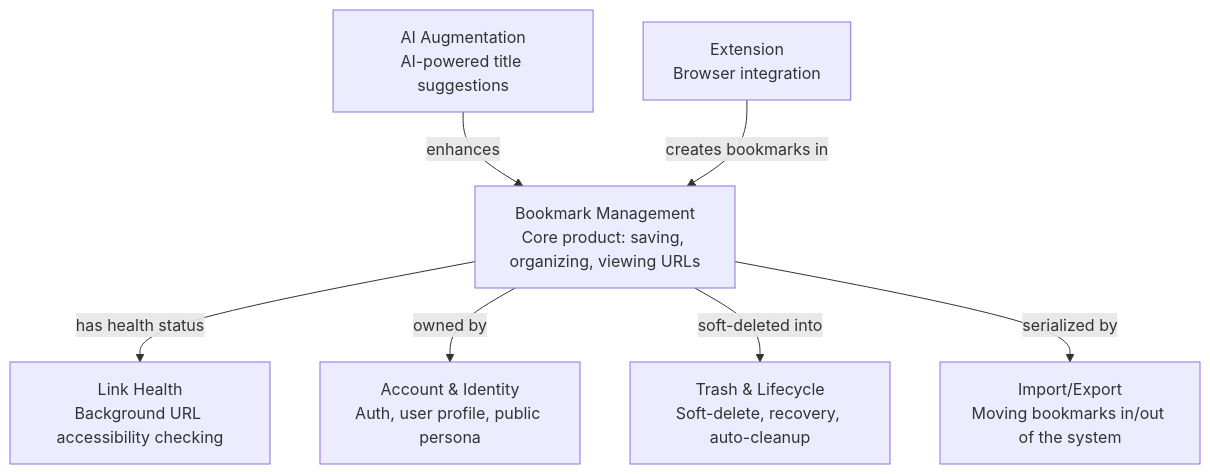
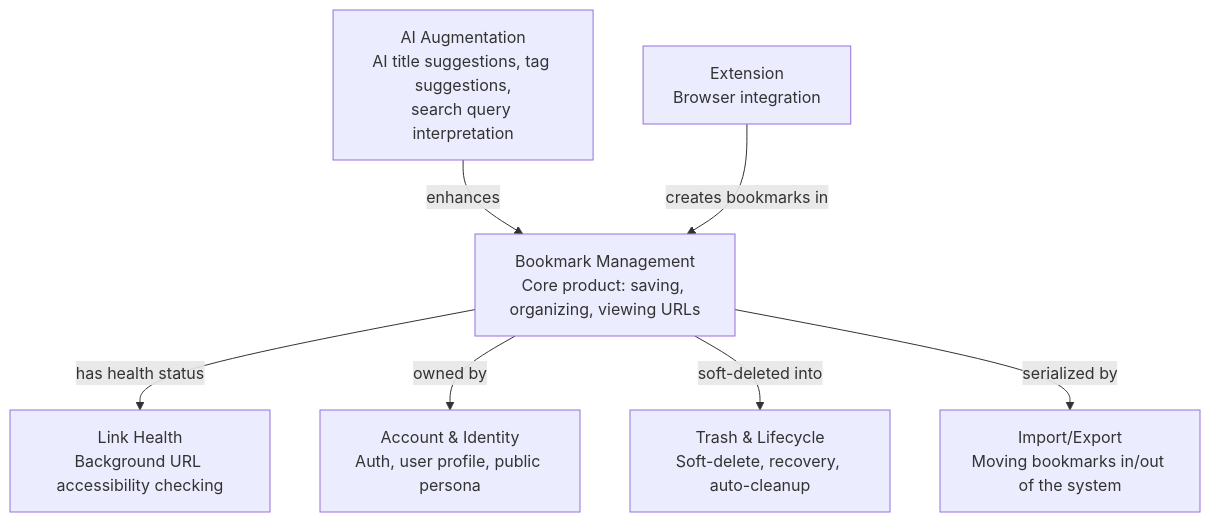
The first of 8 diagrams in docs/domain-model.md (AdityaZxxx/sheltermark), drawn with Mermaid before and after one commit. The commit also changed 12 other files, not shown here.

First line of the commit message:
feat: AI-assisted search via query rewriting

````diff
--- a/docs/domain-model.md
+++ b/docs/domain-model.md
@@ -17,17 +17,17 @@
 ```mermaid
 graph TD
     BM["Bookmark Management<br/>Core product: saving, organizing, viewing URLs"]
     LH["Link Health<br/>Background URL accessibility checking"]
     AI["Account & Identity<br/>Auth, user profile, public persona"]
     TL["Trash & Lifecycle<br/>Soft-delete, recovery, auto-cleanup"]
     IE["Import/Export<br/>Moving bookmarks in/out of the system"]
-    AA["AI Augmentation<br/>AI-powered title suggestions"]
+    AA["AI Augmentation<br/>AI title suggestions, tag suggestions,<br/>search query interpretation"]
     EX["Extension<br/>Browser integration"]
 
     BM -->|"has health status"| LH
     BM -->|"owned by"| AI
     BM -->|"soft-deleted into"| TL
     BM -->|"serialized by"| IE
     AA -->|"enhances"| BM
     EX -->|"creates bookmarks in"| BM
 ```
````
